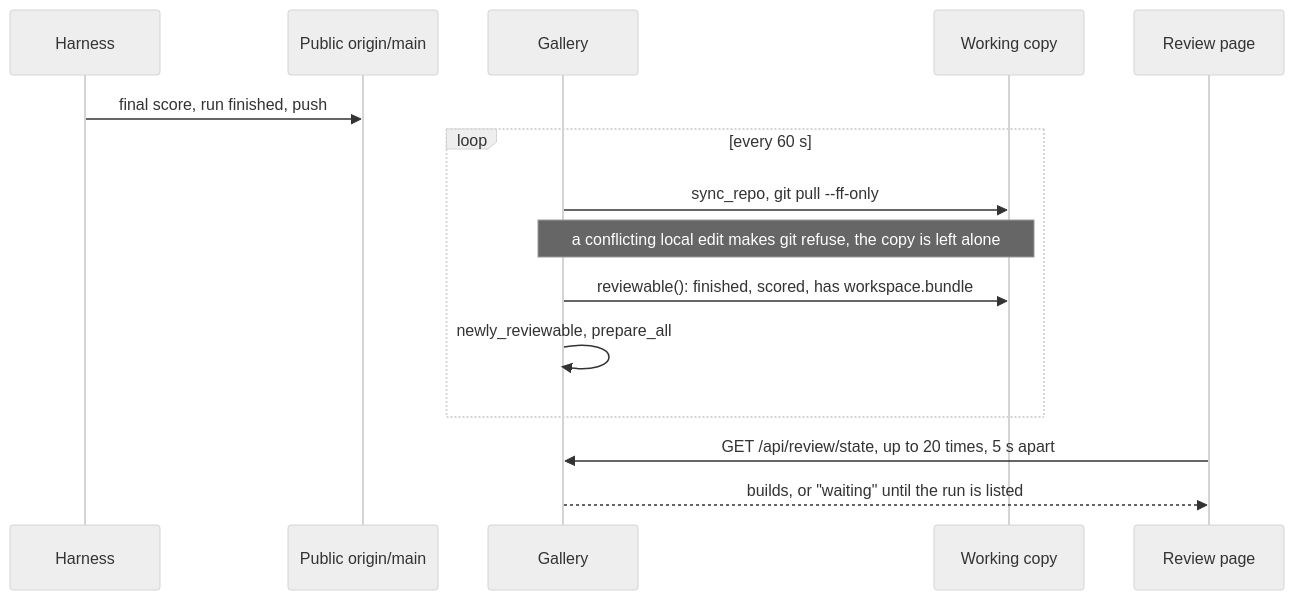
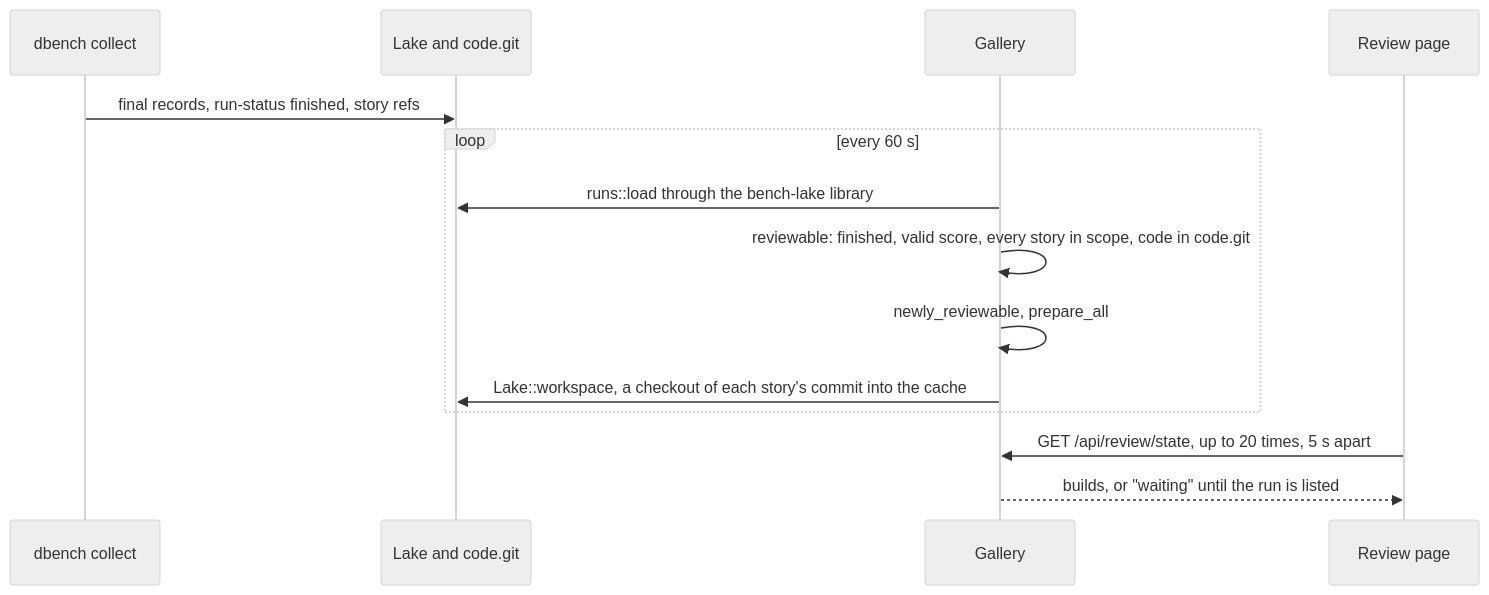
One commit to boxabirds/awesome-local-ai changed the seventh of 9 diagrams in docs/dataflow.md. Above: the diagram before and after it, drawn with Mermaid (neutral theme). The commit also changed other lines of this file and 5 other files, not shown here.

````diff
--- a/docs/dataflow.md
+++ b/docs/dataflow.md
@@ -332,17 +427,16 @@
 ```mermaid
 sequenceDiagram
-  participant H as Harness
-  participant G as Public origin/main
+  participant C as dbench collect
+  participant L as Lake and code.git
   participant GAL as Gallery
-  participant WC as Working copy
   participant U as Review page
-  H->>G: final score, run finished, push
+  C->>L: final records, run-status finished, story refs
   loop every 60 s
-    GAL->>WC: sync_repo, git pull --ff-only
-    Note over GAL,WC: a conflicting local edit makes git refuse, the copy is left alone
-    GAL->>WC: reviewable(): finished, scored, has workspace.bundle
+    GAL->>L: runs::load through the bench-lake library
+    GAL->>GAL: reviewable: finished, valid score, every story in scope, code in code.git
     GAL->>GAL: newly_reviewable, prepare_all
+    GAL->>L: Lake::workspace, a checkout of each story's commit into the cache
   end
   U->>GAL: GET /api/review/state, up to 20 times, 5 s apart
   GAL-->>U: builds, or "waiting" until the run is listed
 ```
````
